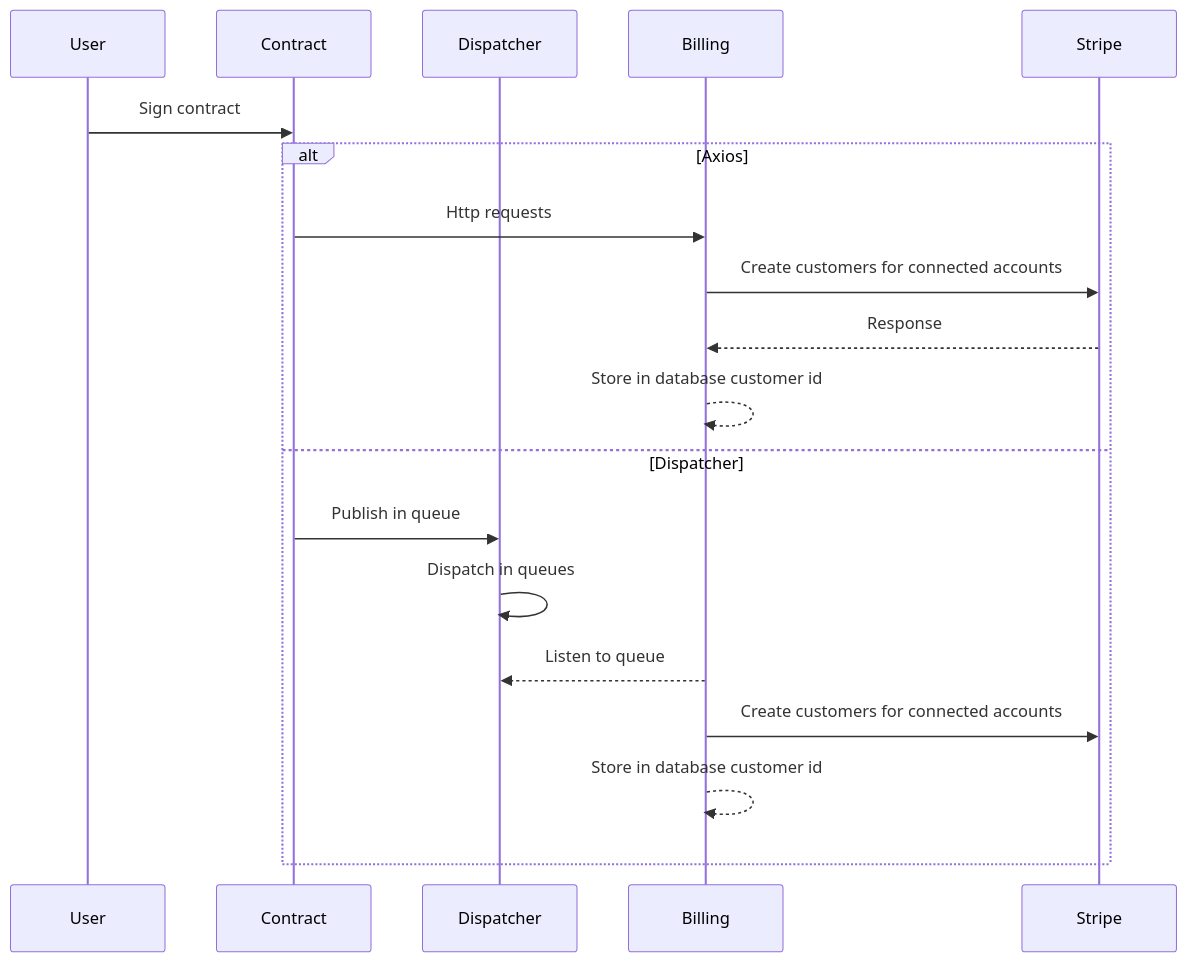
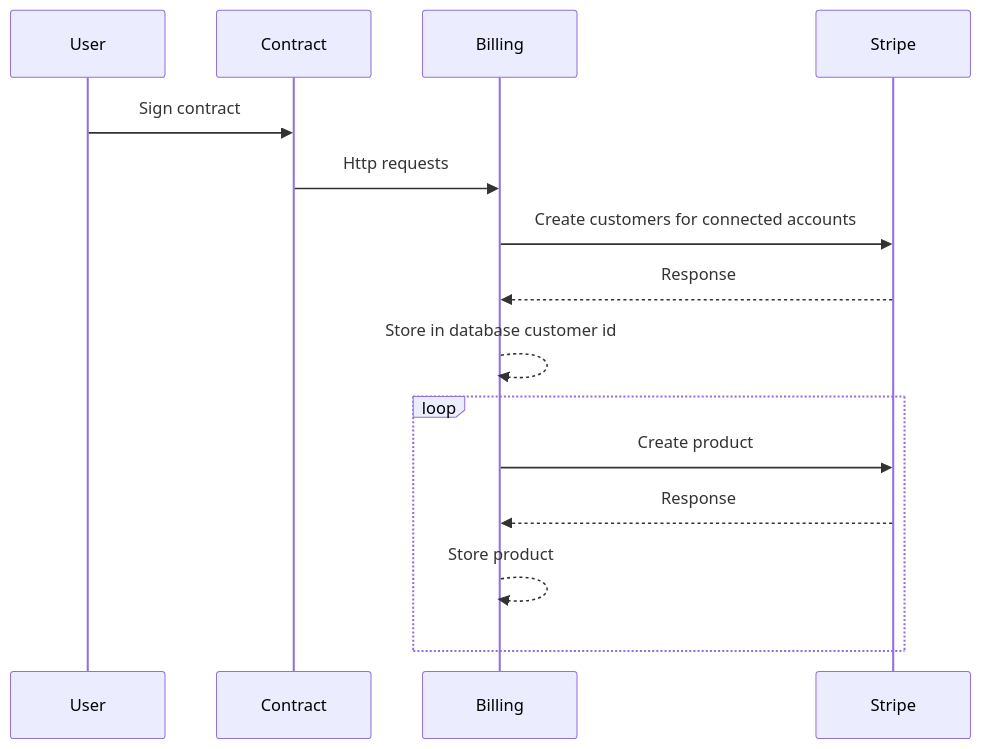
Before and after one commit to Prometheus-X-association/billing: the third of 3 diagrams in docs/design-document.md, drawn with Mermaid. The commit also changed other lines of this file and 1 other file, not shown here.

````diff
--- a/docs/design-document.md
+++ b/docs/design-document.md
@@ -586,22 +454,18 @@
 ```mermaid
 sequenceDiagram
 participant User
 participant Contract
-participant Dispatcher
 participant Billing
 participant Stripe
 
     User->>Contract: Sign contract
-    alt Axios
-        Contract->>Billing: Http requests
-        Billing->>Stripe: Create customers for connected accounts
+    Contract->>Billing: Http requests
+    Billing->>Stripe: Create customers for connected accounts
+    Stripe-->>Billing: Response
+    Billing-->>Billing: Store in database customer id
+    loop
+        Billing->>Stripe: Create product
         Stripe-->>Billing: Response
-        Billing-->>Billing: Store in database customer id
-    else Dispatcher
-        Contract->>Dispatcher: Publish in queue
-        Dispatcher->>Dispatcher: Dispatch in queues
-        Billing-->>Dispatcher: Listen to queue
-        Billing->>Stripe: Create customers for connected accounts
-        Billing-->>Billing: Store in database customer id
+        Billing-->>Billing: Store product
     end
 ```
````
